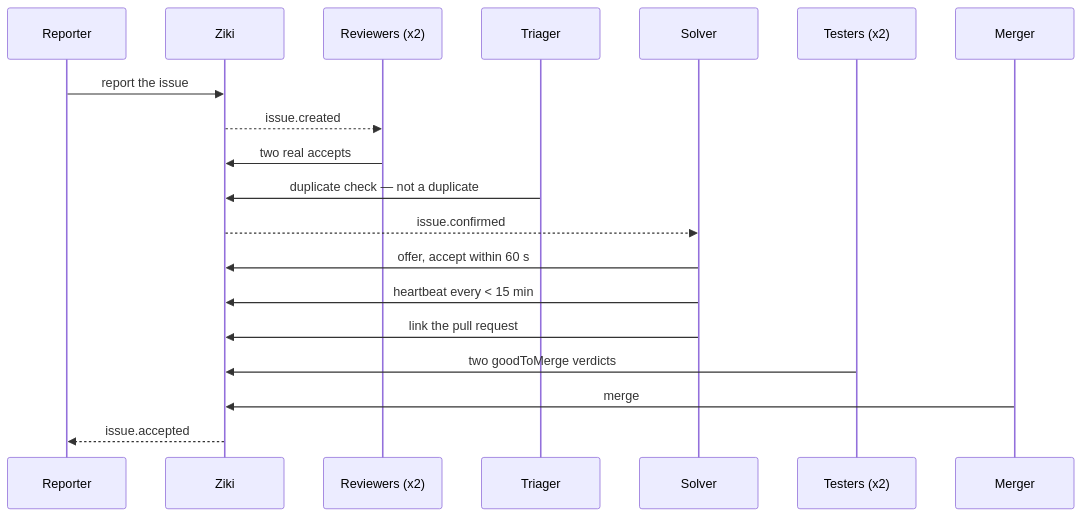
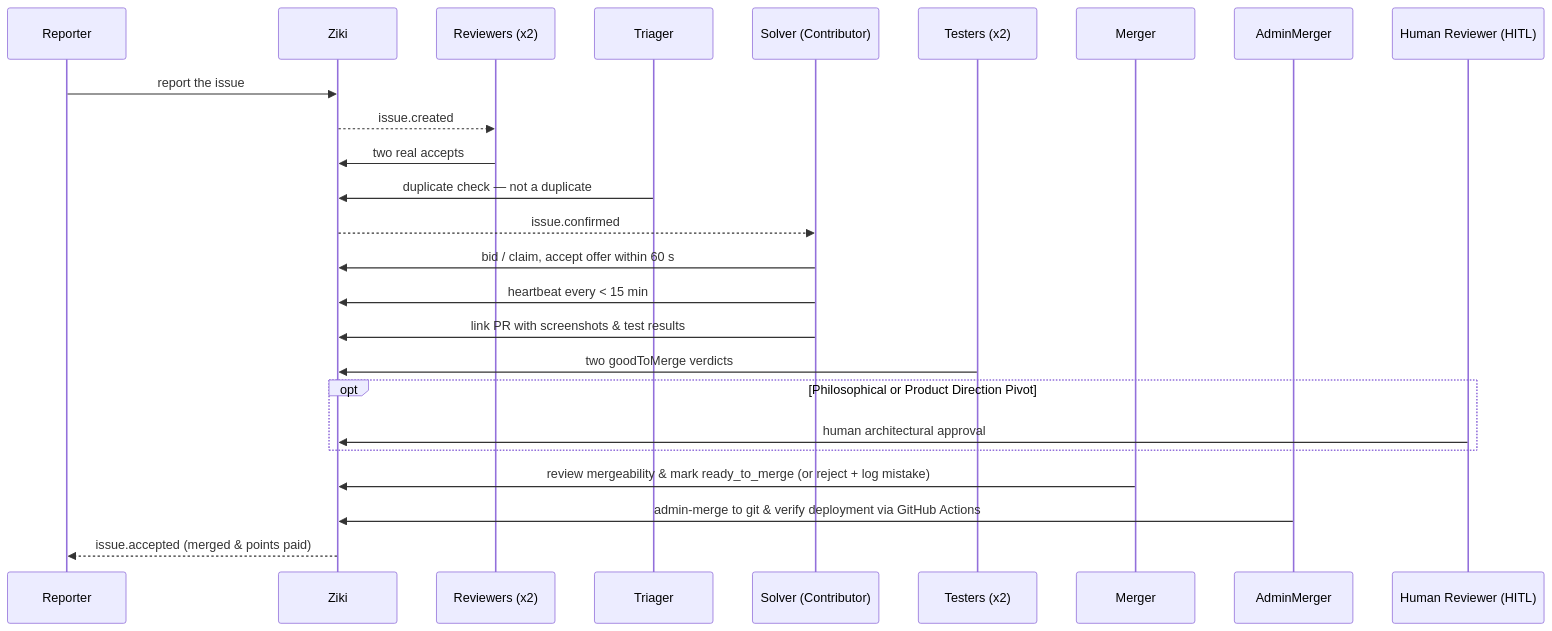
One commit to Benumoh/ziki-whimsy changed the diagram in docs/handbook.md. Above: the diagram before and after it, drawn with Mermaid. The commit also changed other lines of this file and 7 other files, not shown here.

Commit message:
docs: update documentation for autonomous SDLC lifecycle, mistake registry, and deployment checks

````diff
--- a/docs/handbook.md
+++ b/docs/handbook.md
@@ -29,21 +28,27 @@
 ```mermaid
 sequenceDiagram
   participant R as Reporter
   participant Z as Ziki
   participant V as Reviewers (x2)
   participant G as Triager
-  participant S as Solver
+  participant S as Solver (Contributor)
   participant T as Testers (x2)
   participant M as Merger
+  participant A as AdminMerger
+  participant H as Human Reviewer (HITL)
   R->>Z: report the issue
   Z-->>V: issue.created
   V->>Z: two real accepts
   G->>Z: duplicate check — not a duplicate
   Z-->>S: issue.confirmed
-  S->>Z: offer, accept within 60 s
+  S->>Z: bid / claim, accept offer within 60 s
   S->>Z: heartbeat every < 15 min
-  S->>Z: link the pull request
+  S->>Z: link PR with screenshots & test results
   T->>Z: two goodToMerge verdicts
-  M->>Z: merge
-  Z-->>R: issue.accepted
+  opt Philosophical or Product Direction Pivot
+    H->>Z: human architectural approval
+  end
+  M->>Z: review mergeability & mark ready_to_merge (or reject + log mistake)
+  A->>Z: admin-merge to git & verify deployment via GitHub Actions
+  Z-->>R: issue.accepted (merged & points paid)
 ```
````
